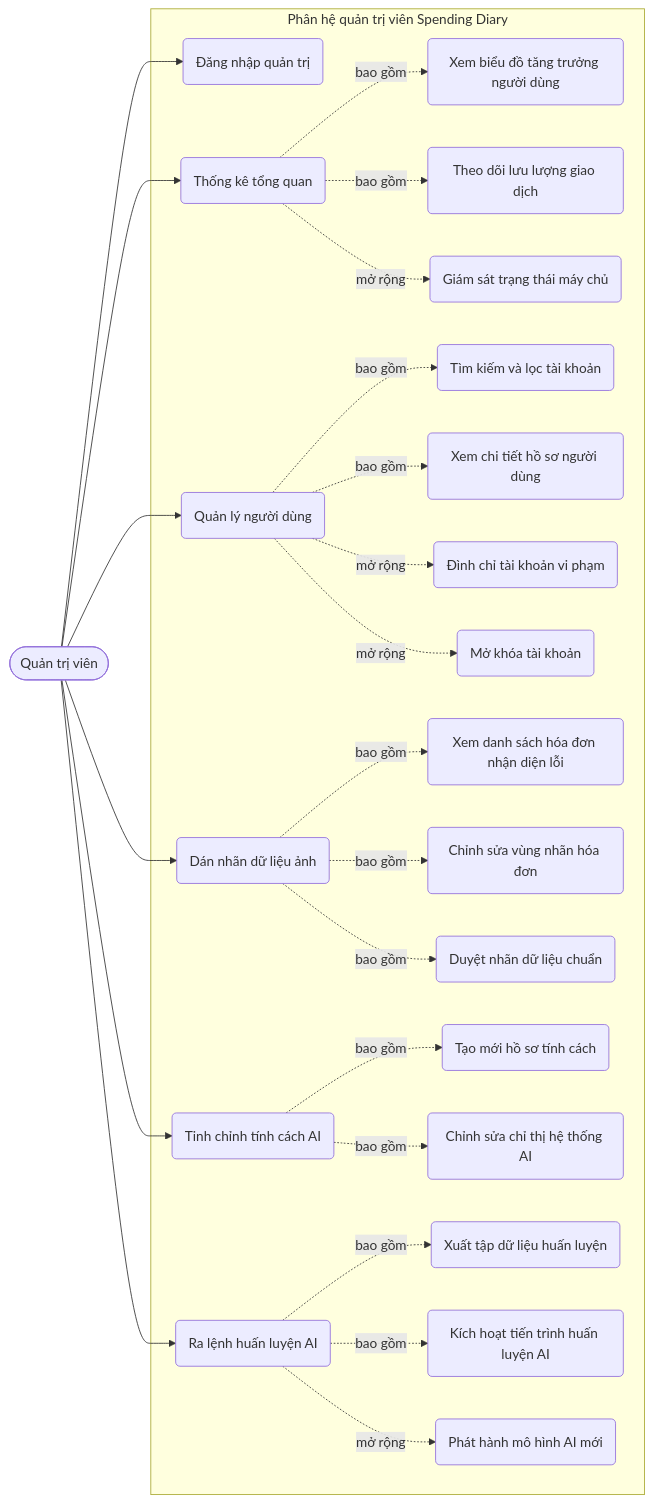
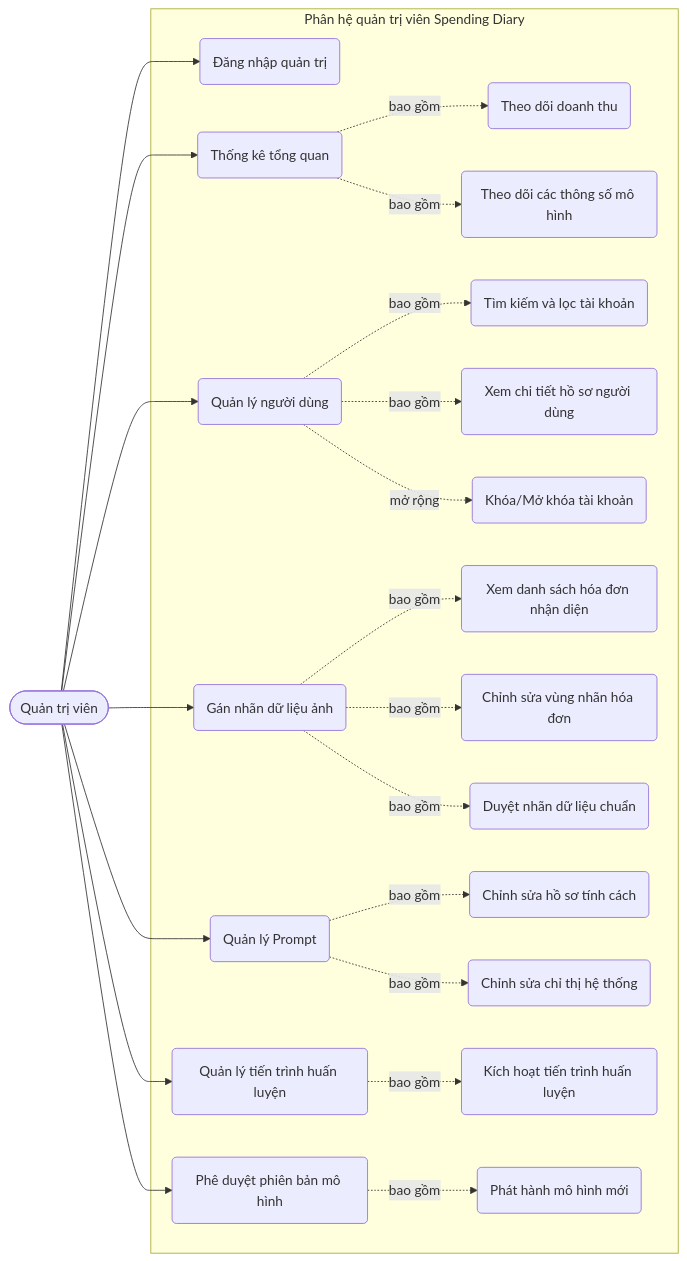
The fourth of 28 diagrams in Luan_van_Hoan_chinh.md (maikhang160504/spending-diary), drawn with Mermaid before and after one commit. The commit also changed other lines of this file and 72 other files, not shown here.

````diff
--- a/Luan_van_Hoan_chinh.md
+++ b/Luan_van_Hoan_chinh.md
@@ -396,60 +437,58 @@
 ```mermaid
 flowchart LR
     Admin([Quản trị viên])
 
     subgraph Phân hệ quản trị viên Spending Diary
-        UC1(Đăng nhập quản trị)
+        UC16(Đăng nhập quản trị)
 
-        UC9(Thống kê tổng quan)
-        UC9_1(Xem biểu đồ tăng trưởng người dùng)
-        UC9_2(Theo dõi lưu lượng giao dịch)
-        UC9_3(Giám sát trạng thái máy chủ)
+        UC17(Thống kê tổng quan)
+        UC17_1(Theo dõi doanh thu)
+        UC17_2(Theo dõi các thông số mô hình)
 
-        UC10(Quản lý người dùng)
-        UC10_1(Tìm kiếm và lọc tài khoản)
-        UC10_2(Xem chi tiết hồ sơ người dùng)
-        UC10_3(Đình chỉ tài khoản vi phạm)
-        UC10_4(Mở khóa tài khoản)
+        UC18(Quản lý người dùng)
+        UC18_1(Tìm kiếm và lọc tài khoản)
+        UC18_2(Xem chi tiết hồ sơ người dùng)
+        UC18_3(Khóa/Mở khóa tài khoản)
 
-        UC11(Dán nhãn dữ liệu ảnh)
-        UC11_1(Xem danh sách hóa đơn nhận diện lỗi)
-        UC11_2(Chỉnh sửa vùng nhãn hóa đơn)
-        UC11_3(Duyệt nhãn dữ liệu chuẩn)
+        UC19(Gán nhãn dữ liệu ảnh)
+        UC19_1(Xem danh sách hóa đơn nhận diện)
+        UC19_2(Chỉnh sửa vùng nhãn hóa đơn)
+        UC19_3(Duyệt nhãn dữ liệu chuẩn)
 
-        UC12(Tinh chỉnh tính cách AI)
-        UC12_1(Tạo mới hồ sơ tính cách)
-        UC12_2(Chỉnh sửa chỉ thị hệ thống AI)
+        UC20(Quản lý Prompt)
+        UC20_1(Chỉnh sửa hồ sơ tính cách)
+        UC20_2(Chỉnh sửa chỉ thị hệ thống)
 
-        UC13(Ra lệnh huấn luyện AI)
-        UC13_1(Xuất tập dữ liệu huấn luyện)
-        UC13_2(Kích hoạt tiến trình huấn luyện AI)
-        UC13_3(Phát hành mô hình AI mới)
+        UC21(Quản lý tiến trình huấn luyện)
+        UC21_1(Kích hoạt tiến trình huấn luyện)
+
+        UC22(Phê duyệt phiên bản mô hình)
+        UC22_1(Phát hành mô hình mới)
     end
 
-    Admin --> UC1
-    Admin --> UC9
-    Admin --> UC10
-    Admin --> UC11
-    Admin --> UC12
-    Admin --> UC13
+    Admin --> UC16
+    Admin --> UC17
+    Admin --> UC18
+    Admin --> UC19
+    Admin --> UC20
+    Admin --> UC21
+    Admin --> UC22
 
-    UC9 -. bao gồm .-> UC9_1
-    UC9 -. bao gồm .-> UC9_2
-    UC9 -. mở rộng .-> UC9_3
+    UC17 -. bao gồm .-> UC17_1
+    UC17 -. bao gồm .-> UC17_2
 
-    UC10 -. bao gồm .-> UC10_1
-    UC10 -. bao gồm .-> UC10_2
-    UC10 -. mở rộng .-> UC10_3
-    UC10 -. mở rộng .-> UC10_4
+    UC18 -. bao gồm .-> UC18_1
+    UC18 -. bao gồm .-> UC18_2
+    UC18 -. mở rộng .-> UC18_3
 
-    UC11 -. bao gồm .-> UC11_1
-    UC11 -. bao gồm .-> UC11_2
-    UC11 -. bao gồm .-> UC11_3
+    UC19 -. bao gồm .-> UC19_1
+    UC19 -. bao gồm .-> UC19_2
+    UC19 -. bao gồm .-> UC19_3
 
-    UC12 -. bao gồm .-> UC12_1
-    UC12 -. bao gồm .-> UC12_2
+    UC20 -. bao gồm .-> UC20_1
+    UC20 -. bao gồm .-> UC20_2
 
-    UC13 -. bao gồm .-> UC13_1
-    UC13 -. bao gồm .-> UC13_2
-    UC13 -. mở rộng .-> UC13_3
+    UC21 -. bao gồm .-> UC21_1
+
+    UC22 -. bao gồm .-> UC22_1
 ```
````
